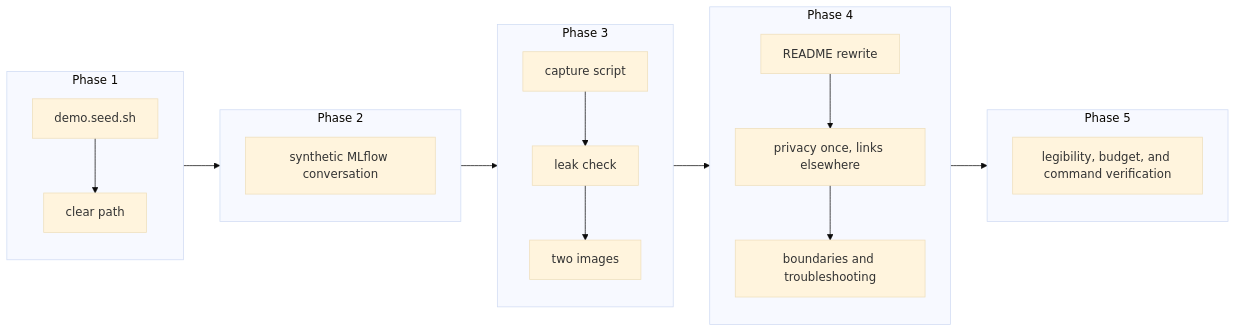
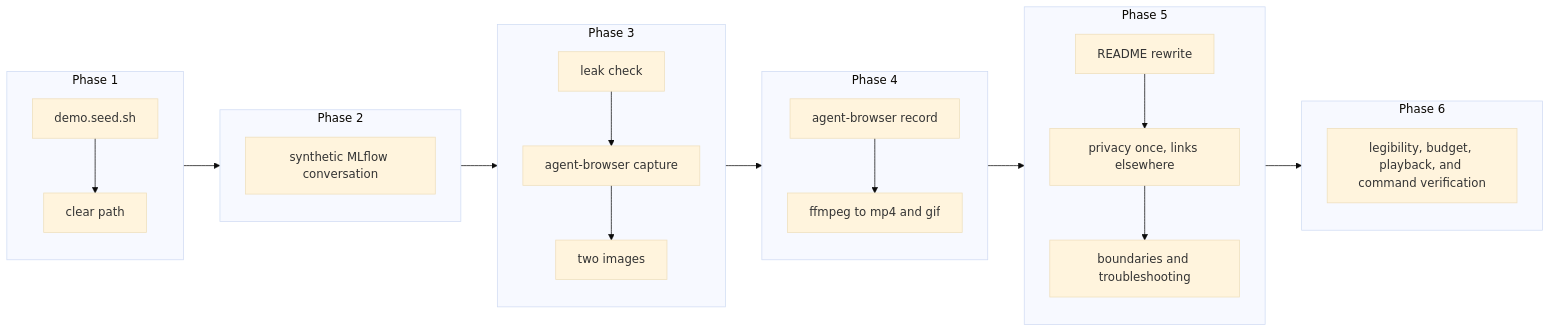
The third of 3 diagrams in docs/cr/CR-0007-readme-screenshots-onboarding.md (desek/agent-observability), drawn with Mermaid (base theme) before and after one commit. The commit also changed other lines of this file, not shown here.

First line of the commit message:
checkpoint(CR-0007): add agent-browser capture, a use-cases section, and README ordering

````diff
--- a/docs/cr/CR-0007-readme-screenshots-onboarding.md
+++ b/docs/cr/CR-0007-readme-screenshots-onboarding.md
@@ -236,19 +293,22 @@
 ```mermaid
 flowchart LR
     subgraph P1["Phase 1"]
         A["demo.seed.sh"] --> B["clear path"]
     end
     subgraph P2["Phase 2"]
         C["synthetic MLflow conversation"]
     end
     subgraph P3["Phase 3"]
-        D["capture script"] --> E["leak check"] --> F["two images"]
+        D["leak check"] --> E["agent-browser capture"] --> F["two images"]
     end
     subgraph P4["Phase 4"]
-        G["README rewrite"] --> H["privacy once, links elsewhere"] --> I["boundaries and troubleshooting"]
+        G["agent-browser record"] --> H["ffmpeg to mp4 and gif"]
     end
     subgraph P5["Phase 5"]
-        J["legibility, budget, and command verification"]
+        I["README rewrite"] --> J["privacy once, links elsewhere"] --> K["boundaries and troubleshooting"]
     end
-    P1 --> P2 --> P3 --> P4 --> P5
+    subgraph P6["Phase 6"]
+        L["legibility, budget, playback, and command verification"]
+    end
+    P1 --> P2 --> P3 --> P4 --> P5 --> P6
 ```
````
